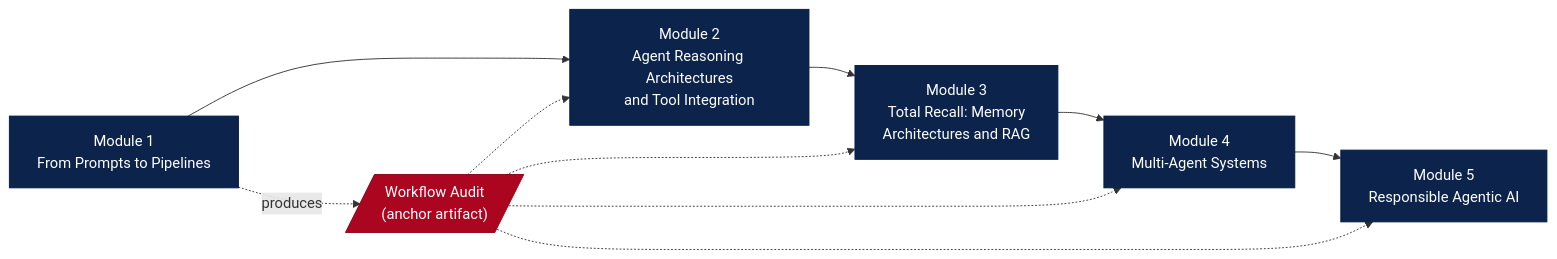
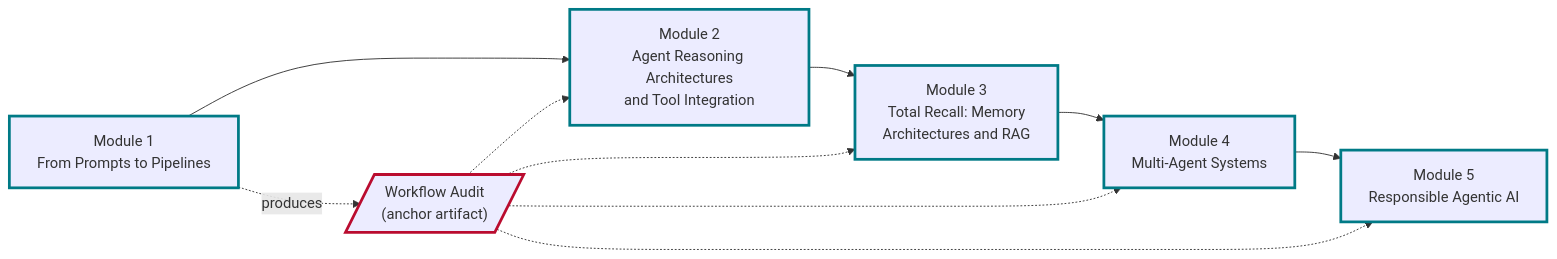
The diagram in docs/index.md (tyson-swetnam/AI-Automation-and-Agents), drawn with Mermaid before and after one commit. The commit also changed 2 other files, not shown here.

Commit message:
Recolor landing-page course map so labels read in light mode
The nodes used Arizona navy/red fills with white text, but the theme's
Mermaid styles force the label color (dark in the light scheme). Keep the
theme's adaptive fill and text, and mark nodes with UNM Turquoise and
Cherry borders instead.

Claude-Session: https://claude.ai/code/session_01MCfm98vkuWf6Wi5WfPA6Lh

````diff
--- a/docs/index.md
+++ b/docs/index.md
@@ -119,21 +119,21 @@
 ```mermaid
 flowchart LR
     M1["Module 1<br/>From Prompts to Pipelines"]
     M2["Module 2<br/>Agent Reasoning Architectures<br/>and Tool Integration"]
     M3["Module 3<br/>Total Recall: Memory<br/>Architectures and RAG"]
     M4["Module 4<br/>Multi-Agent Systems"]
     M5["Module 5<br/>Responsible Agentic AI"]
     WA[/"Workflow Audit<br/>(anchor artifact)"/]
 
     M1 --> M2 --> M3 --> M4 --> M5
     M1 -. produces .-> WA
     WA -.-> M2
     WA -.-> M3
     WA -.-> M4
     WA -.-> M5
 
-    classDef module fill:#0c234b,stroke:#001c48,color:#ffffff
-    classDef artifact fill:#ab0520,stroke:#8b0015,color:#ffffff
+    classDef module stroke:#007a86,stroke-width:3px
+    classDef artifact stroke:#ba0c2f,stroke-width:3px
     class M1,M2,M3,M4,M5 module
     class WA artifact
 ```
````
